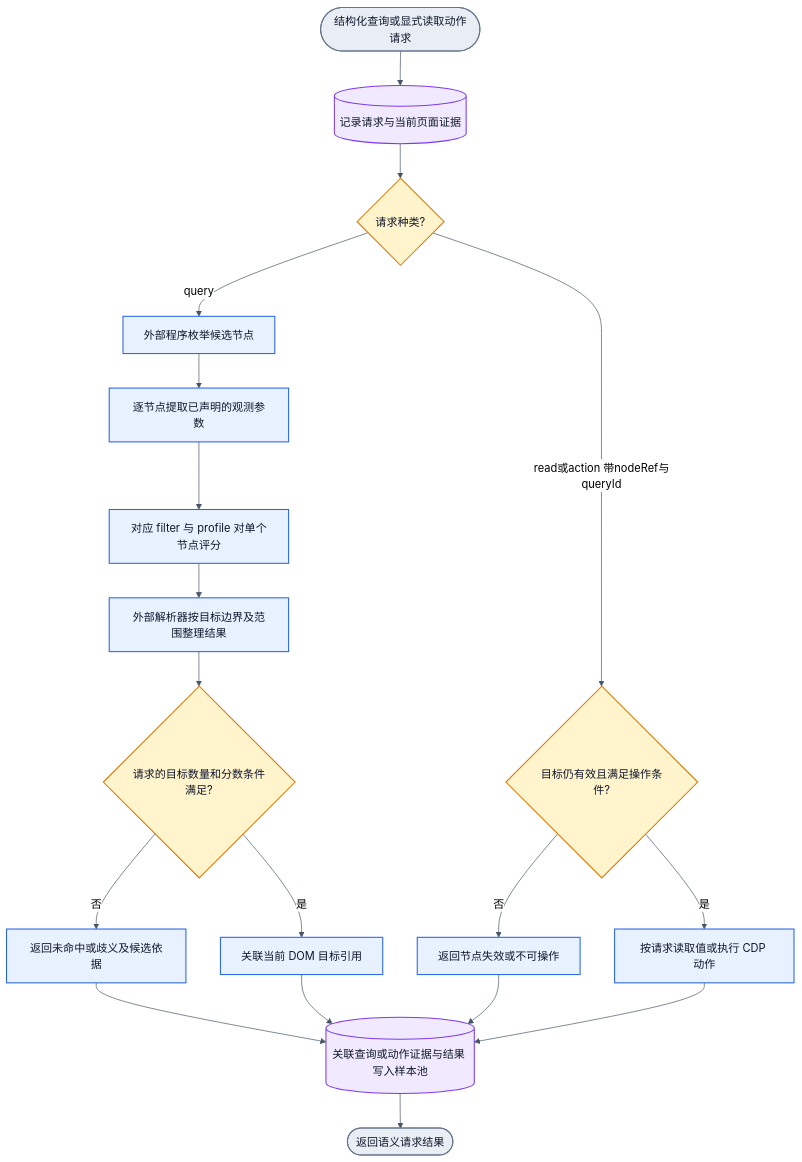
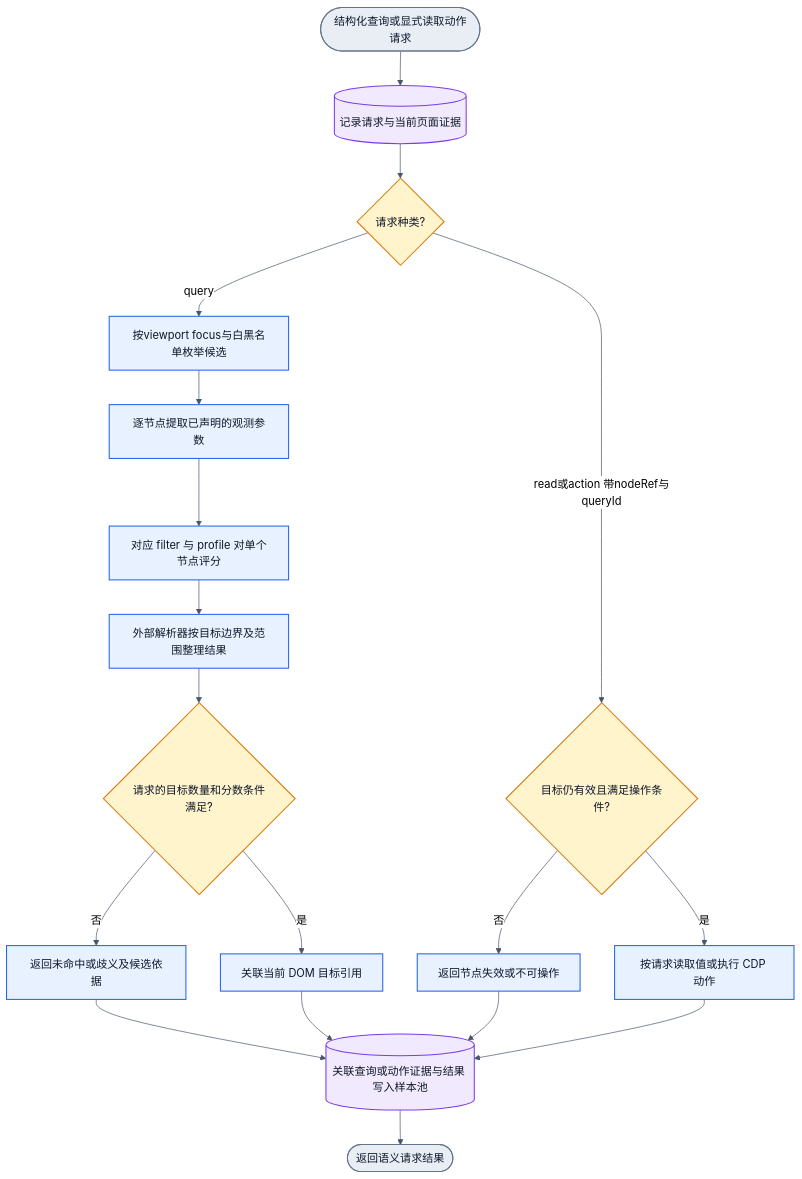
The first of 2 diagrams in research/browser-semantic-modes.md (Jasonzhangf/NNAnything), drawn with Mermaid (neutral theme) before and after one commit. The commit also changed other lines of this file and 5 other files, not shown here.

````diff
--- a/research/browser-semantic-modes.md
+++ b/research/browser-semantic-modes.md
@@ -24,26 +26,26 @@
 ```mermaid
 flowchart TD
   S([结构化查询或显式读取动作请求]):::boundary --> C[(记录请求与当前页面证据)]:::data
   C --> K{请求种类?}:::decision
-  K -->|query| E[外部程序枚举候选节点]:::action
+  K -->|query| E[按viewport focus与白黑名单枚举候选]:::action
   E --> O[逐节点提取已声明的观测参数]:::action
   O --> F[对应 filter 与 profile 对单个节点评分]:::action
   F --> R[外部解析器按目标边界及范围整理结果]:::action
   R --> D{请求的目标数量和分数条件满足?}:::decision
   D -->|否| N[返回未命中或歧义及候选依据]:::action
   D -->|是| H[关联当前 DOM 目标引用]:::action
   H --> P
   K -->|read或action 带nodeRef与queryId| V{目标仍有效且满足操作条件?}:::decision
   V -->|否| X[返回节点失效或不可操作]:::action
   V -->|是| A[按请求读取值或执行 CDP 动作]:::action
   A --> P[(关联查询或动作证据与结果 写入样本池)]:::data
   N --> P
   X --> P
   P --> Z
   Z([返回语义请求结果]):::boundary
   classDef boundary fill:#E9EEF5,stroke:#64748B,color:#0F172A,stroke-width:1.5px
   classDef action fill:#E8F1FF,stroke:#2563EB,color:#0F172A,stroke-width:1.5px
   classDef decision fill:#FFF4CC,stroke:#D97706,color:#0F172A,stroke-width:1.5px
   classDef data fill:#F1EAFE,stroke:#7C3AED,color:#0F172A,stroke-width:1.5px
   linkStyle default stroke:#475569
 ```
````
